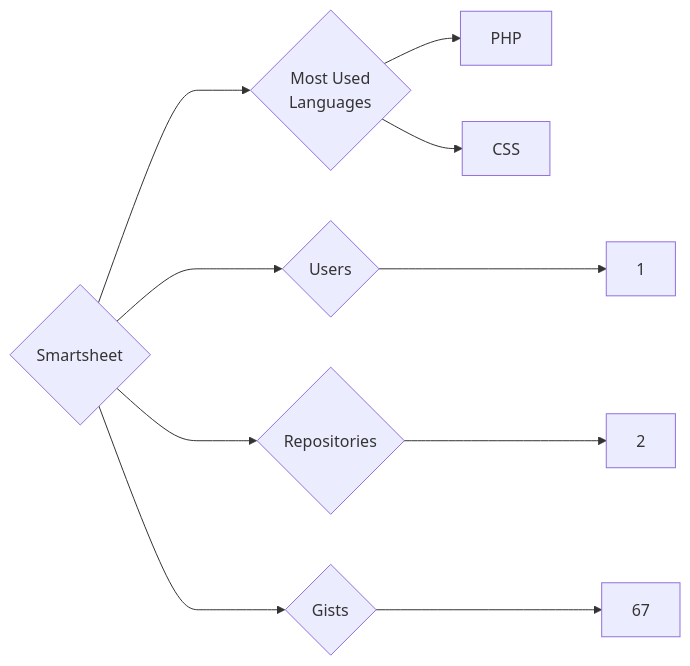
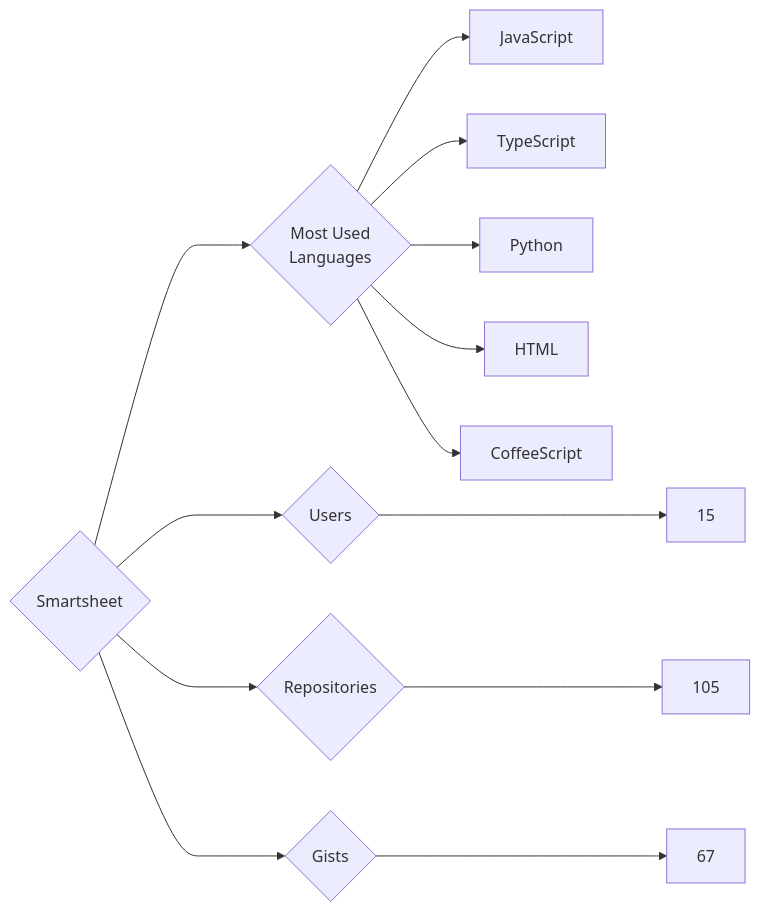
Before and after one commit to trickest/insiders: the diagram in targets/Smartsheet/README.md, drawn with Mermaid. The commit also changed 823 other files, not shown here.

````diff
--- a/targets/Smartsheet/README.md
+++ b/targets/Smartsheet/README.md
@@ -3,10 +3,13 @@
 ```mermaid
 graph LR
 COMPANY_NAME{Smartsheet}
-COMPANY_NAME ---> U{Users} ---> UN[1]
-COMPANY_NAME ---> R{Repositories} ---> RN[2]
+COMPANY_NAME ---> U{Users} ---> UN[15]
+COMPANY_NAME ---> R{Repositories} ---> RN[105]
 COMPANY_NAME ---> G{Gists} ---> GN[67]
 COMPANY_NAME ---> ML{Most Used<br>Languages}
-ML --> PHP[PHP]
-ML --> CSS[CSS]
+ML --> JavaScript[JavaScript]
+ML --> TypeScript[TypeScript]
+ML --> Python[Python]
+ML --> HTML[HTML]
+ML --> CoffeeScript[CoffeeScript]
 ```
````
